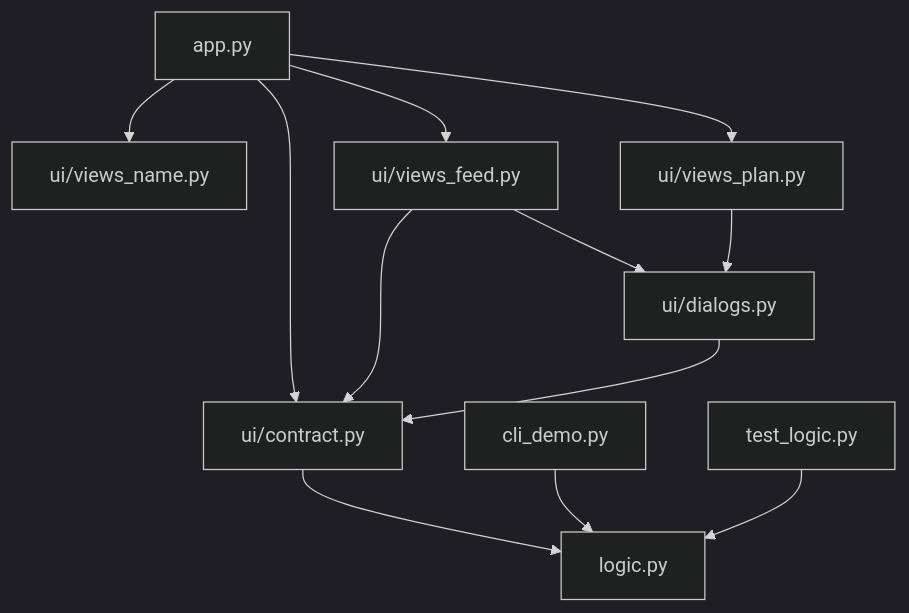
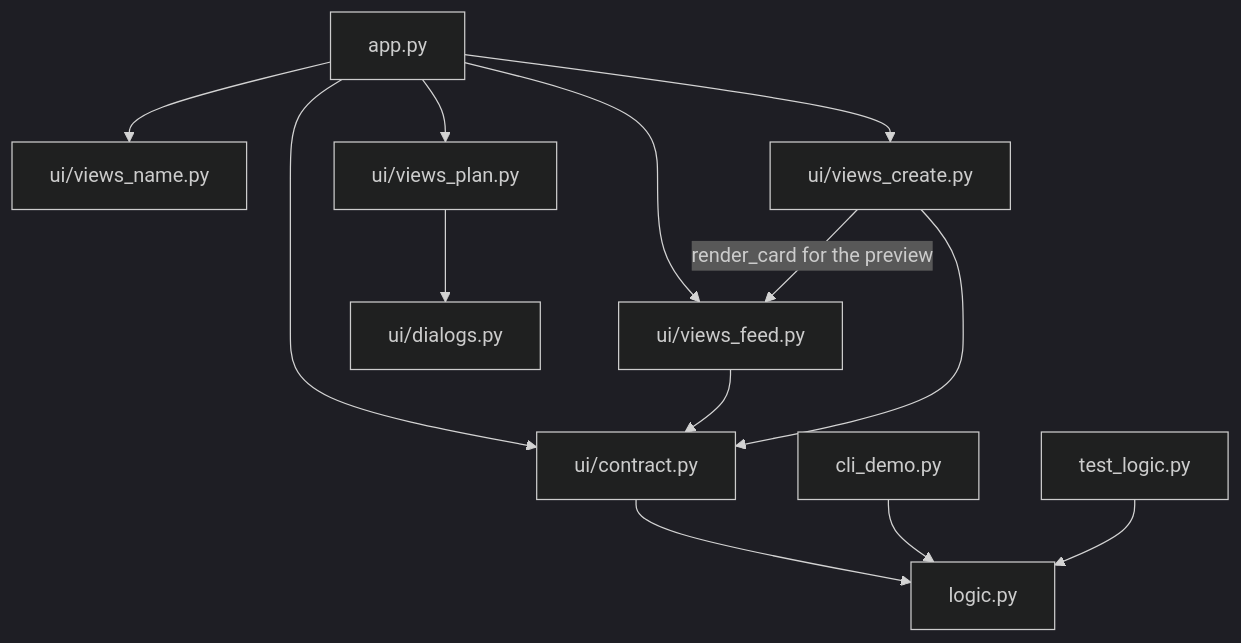
The first of 2 diagrams in meshena/doc/Code_Guide.md (oShuail/Group4-Unit1), drawn with Mermaid (dark theme) before and after one commit. The commit also changed other lines of this file and 16 other files, not shown here.

````diff
--- a/meshena/doc/Code_Guide.md
+++ b/meshena/doc/Code_Guide.md
@@ -213,14 +218,15 @@
 ```mermaid
 flowchart TD
     app["app.py"] --> name["ui/views_name.py"]
     app --> feed["ui/views_feed.py"]
+    app --> create["ui/views_create.py"]
     app --> plan["ui/views_plan.py"]
-    feed --> dialogs["ui/dialogs.py"]
-    plan --> dialogs
+    create -->|render_card for the preview| feed
+    plan --> dialogs["ui/dialogs.py"]
     app --> contract["ui/contract.py"]
     feed --> contract
-    dialogs --> contract
+    create --> contract
     contract --> logic["logic.py"]
     cli["cli_demo.py"] --> logic
     tests["test_logic.py"] --> logic
 ```
````
